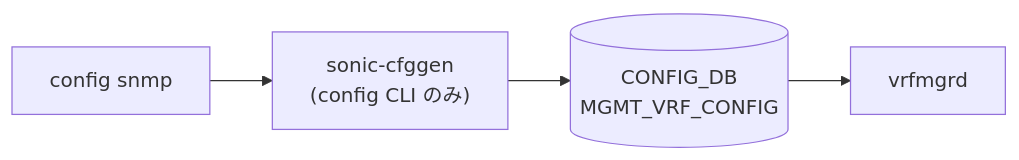
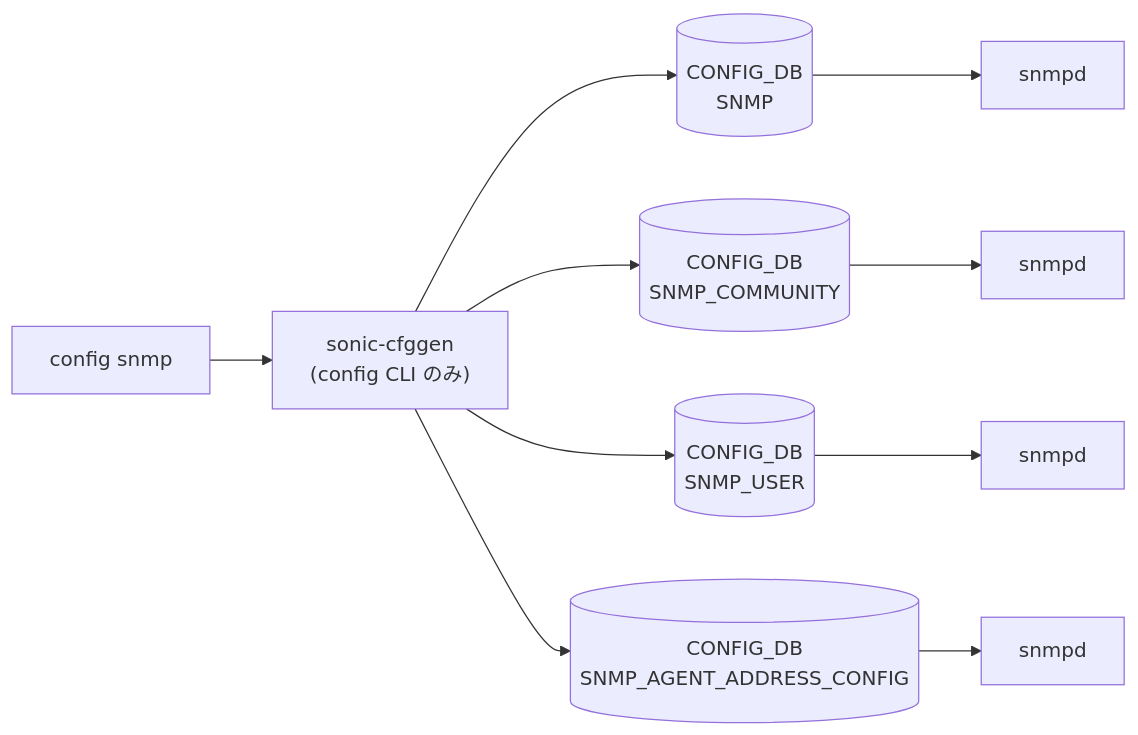
The diagram in docs/reference/cli/config-snmp.md (aoki-taquan/sonic-unofficial-docs), drawn with Mermaid before and after one commit. The commit also changed 76 other files, not shown here.

First line of the commit message:
chore: expand CDB/CLI mermaid coverage to 119/122 and 52/73

````diff
--- a/docs/reference/cli/config-snmp.md
+++ b/docs/reference/cli/config-snmp.md
@@ -204,10 +204,22 @@
 ```mermaid
 flowchart LR
   CLI["config snmp"]
   SC["sonic-cfggen<br/>(config CLI のみ)"]
   CLI --> SC
-  CDB0[("CONFIG_DB<br/>MGMT_VRF_CONFIG")]
+  CDB0[("CONFIG_DB<br/>SNMP")]
   SC --> CDB0
-  DM0["vrfmgrd"]
+  DM0["snmpd"]
   CDB0 --> DM0
+  CDB1[("CONFIG_DB<br/>SNMP_COMMUNITY")]
+  SC --> CDB1
+  DM1["snmpd"]
+  CDB1 --> DM1
+  CDB2[("CONFIG_DB<br/>SNMP_USER")]
+  SC --> CDB2
+  DM2["snmpd"]
+  CDB2 --> DM2
+  CDB3[("CONFIG_DB<br/>SNMP_AGENT_ADDRESS_CONFIG")]
+  SC --> CDB3
+  DM3["snmpd"]
+  CDB3 --> DM3
 ```
````
